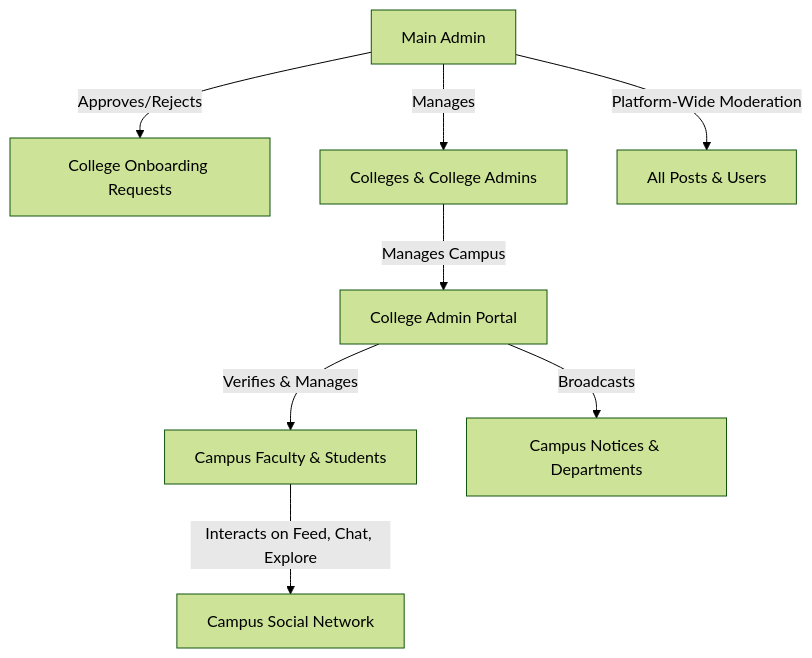
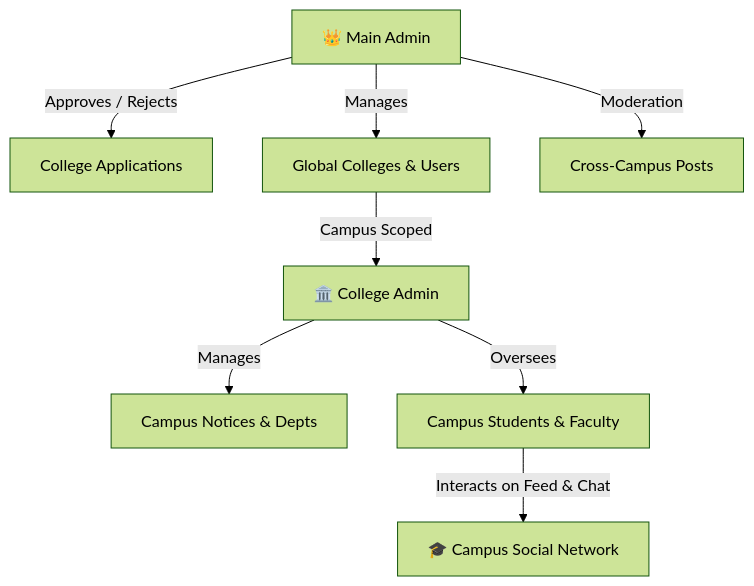
The diagram in README.md (sarveshpatil1ui/Swish), drawn with Mermaid (forest theme) before and after one commit. The commit also changed other lines of this file and 4 other files, not shown here.

````diff
--- a/README.md
+++ b/README.md
@@ -38,10 +155,10 @@
 ```mermaid
 graph TD
-    A[Main Admin] -->|Approves/Rejects| B[College Onboarding Requests]
-    A -->|Manages| C[Colleges & College Admins]
-    A -->|Platform-Wide Moderation| D[All Posts & Users]
-    C -->|Manages Campus| E[College Admin Portal]
-    E -->|Verifies & Manages| F[Campus Faculty & Students]
-    E -->|Broadcasts| G[Campus Notices & Departments]
-    F -->|Interacts on Feed, Chat, Explore| H[Campus Social Network]
+    A[👑 Main Admin] -->|Approves / Rejects| B[College Applications]
+    A -->|Manages| C[Global Colleges & Users]
+    A -->|Moderation| D[Cross-Campus Posts]
+    C -->|Campus Scoped| E[🏛️ College Admin]
+    E -->|Manages| F[Campus Notices & Depts]
+    E -->|Oversees| G[Campus Students & Faculty]
+    G -->|Interacts on Feed & Chat| H[🎓 Campus Social Network]
 ```
````
